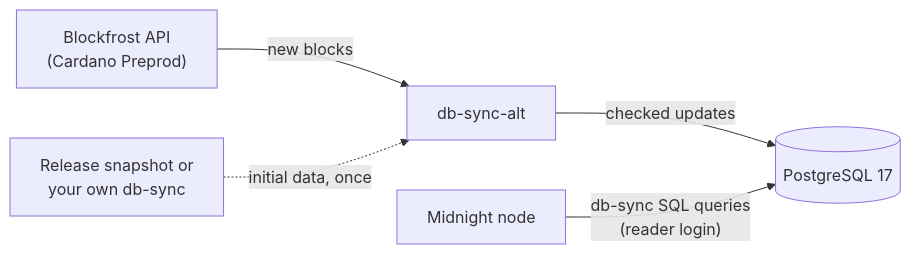
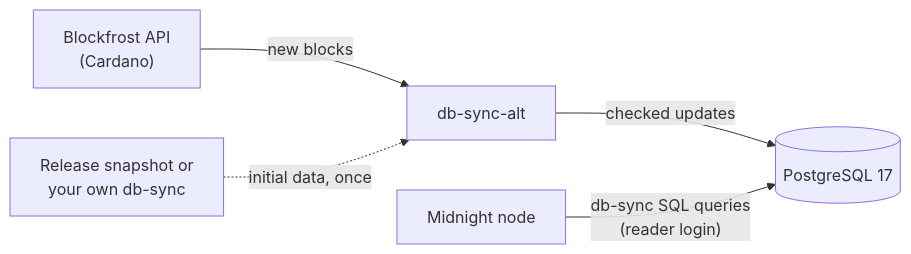
One commit to midnight-experiments/db-sync-alt changed the diagram in README.md. Above: the diagram before and after it, drawn with Mermaid. The commit also changed other lines of this file and 8 other files, not shown here.

````diff
--- a/README.md
+++ b/README.md
@@ -25,7 +25,7 @@
 ```mermaid
 flowchart LR
-    blockfrost["Blockfrost API<br/>(Cardano Preprod)"] -- new blocks --> follower
+    blockfrost["Blockfrost API<br/>(Cardano)"] -- new blocks --> follower
     initial["Release snapshot or<br/>your own db-sync"] -. initial data, once .-> follower
     follower["db-sync-alt"] -- checked updates --> postgres[("PostgreSQL 17")]
     node["Midnight node"] -- "db-sync SQL queries<br/>(reader login)" --> postgres
 ```
````
